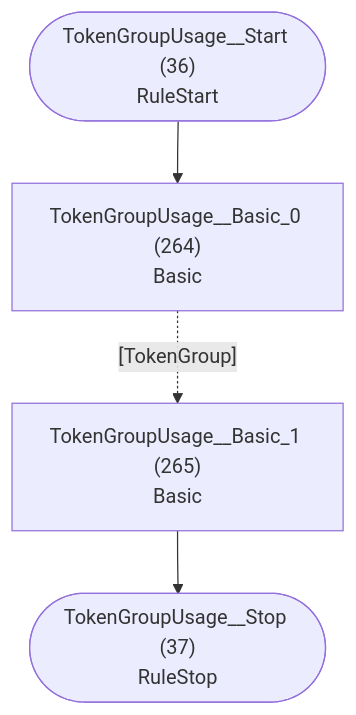
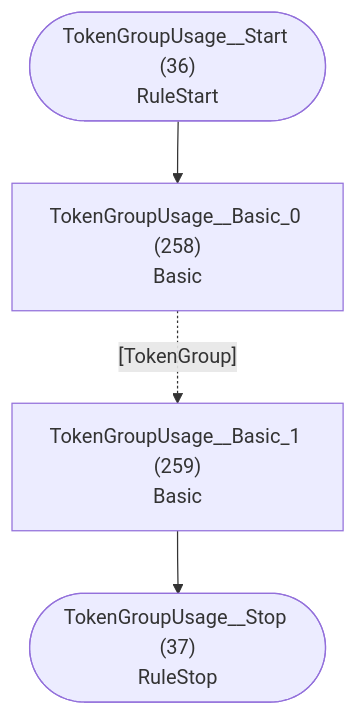
Before and after one commit to TypeFox/fastbelt: diagram 19 of 40 in internal/grammar/atn.md, drawn with Mermaid. The commit also changed other lines of this file and 12 other files, not shown here.

Commit message:
Removed modifier and command from token group

````diff
--- a/internal/grammar/atn.md
+++ b/internal/grammar/atn.md
@@ -592,11 +578,11 @@
 ```mermaid
 flowchart TD
     q36(["TokenGroupUsage__Start (36)<br/>RuleStart"])
     q37(["TokenGroupUsage__Stop (37)<br/>RuleStop"])
-    q264["TokenGroupUsage__Basic_0 (264)<br/>Basic<br/>"]
-    q265["TokenGroupUsage__Basic_1 (265)<br/>Basic<br/>"]
+    q258["TokenGroupUsage__Basic_0 (258)<br/>Basic<br/>"]
+    q259["TokenGroupUsage__Basic_1 (259)<br/>Basic<br/>"]
 
-    q36 --> q264
-    q264 -.->|"[TokenGroup]"| q265
-    q265 --> q37
+    q36 --> q258
+    q258 -.->|"[TokenGroup]"| q259
+    q259 --> q37
 ```
````
